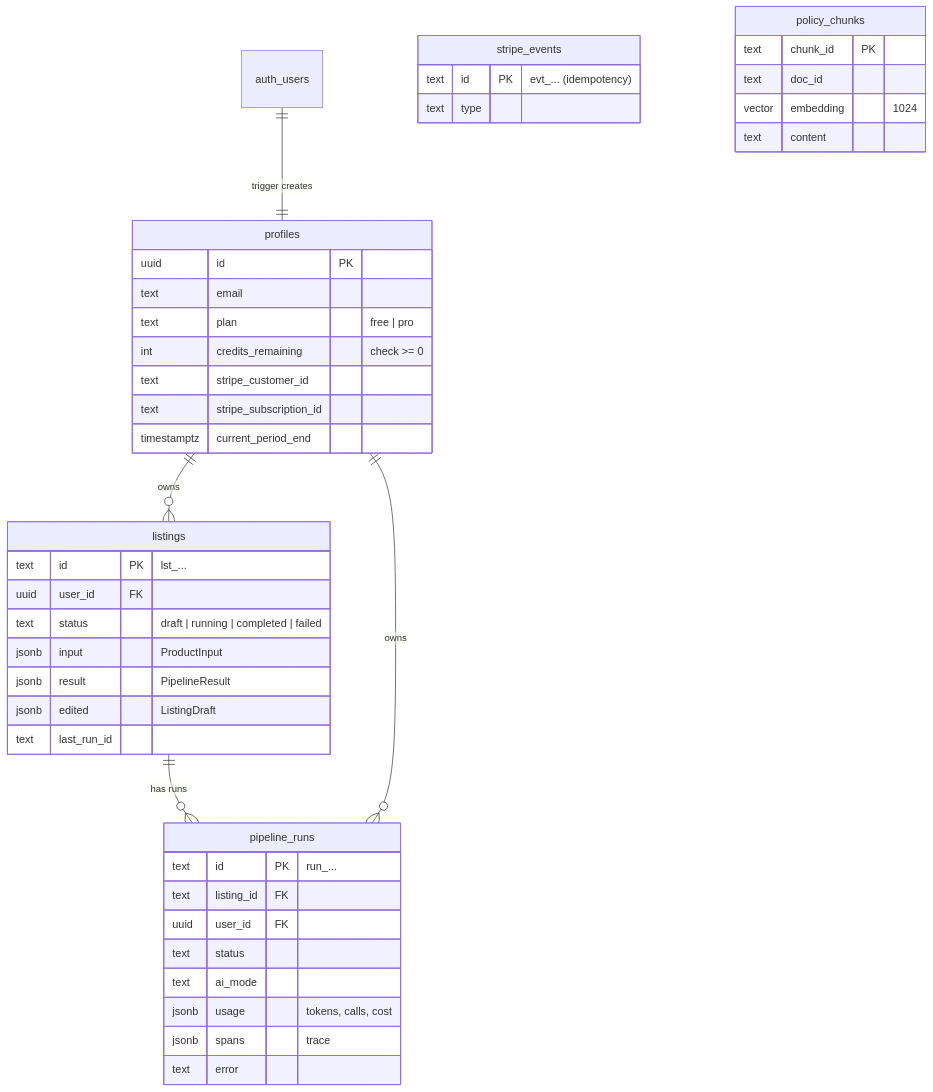
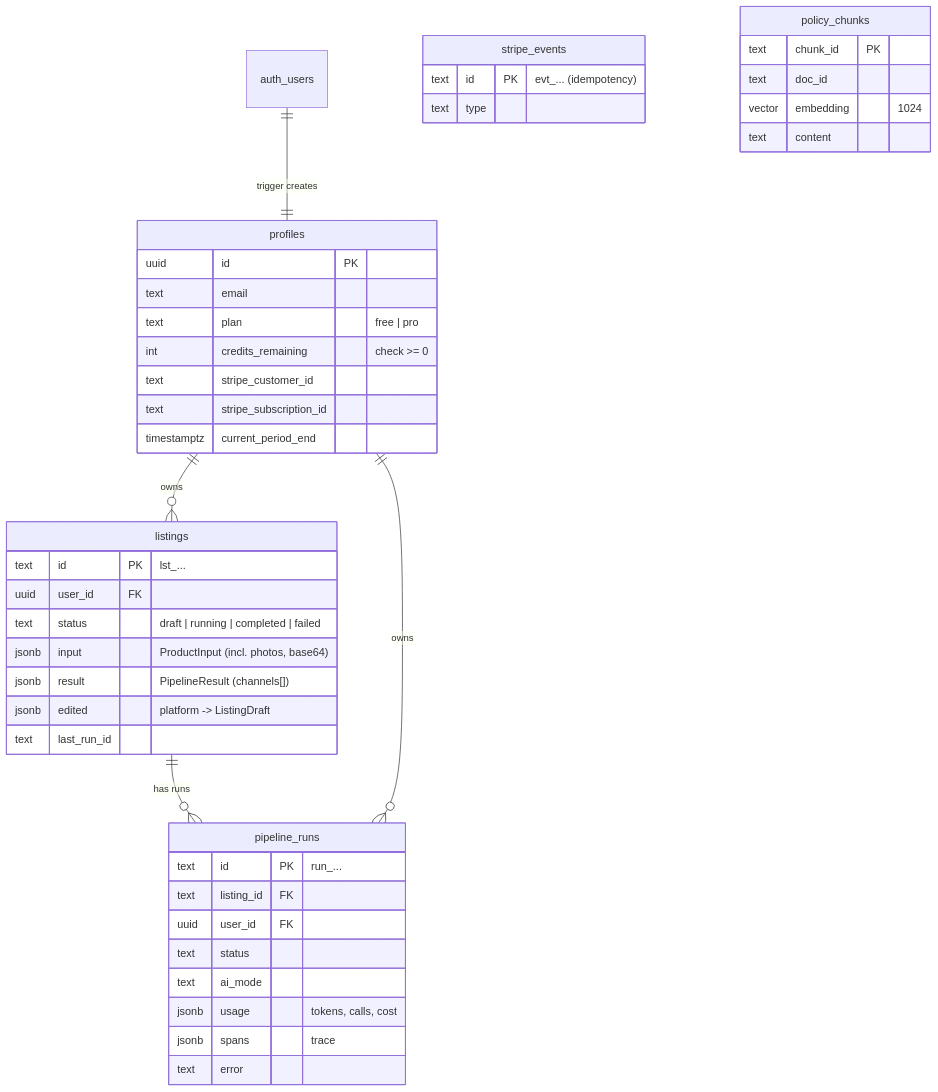
Before and after one commit to heruis/ecommerce-agent: the third of 3 diagrams in docs/ARCHITECTURE.md, drawn with Mermaid. The commit also changed other lines of this file and 17 other files, not shown here.

````diff
--- a/docs/ARCHITECTURE.md
+++ b/docs/ARCHITECTURE.md
@@ -135,45 +154,45 @@
 ```mermaid
 erDiagram
   auth_users ||--|| profiles : "trigger creates"
   profiles ||--o{ listings : owns
   listings ||--o{ pipeline_runs : "has runs"
   profiles ||--o{ pipeline_runs : owns
   profiles {
     uuid id PK
     text email
     text plan "free | pro"
     int credits_remaining "check >= 0"
     text stripe_customer_id
     text stripe_subscription_id
     timestamptz current_period_end
   }
   listings {
     text id PK "lst_..."
     uuid user_id FK
     text status "draft | running | completed | failed"
-    jsonb input "ProductInput"
-    jsonb result "PipelineResult"
-    jsonb edited "ListingDraft"
+    jsonb input "ProductInput (incl. photos, base64)"
+    jsonb result "PipelineResult (channels[])"
+    jsonb edited "platform -> ListingDraft"
     text last_run_id
   }
   pipeline_runs {
     text id PK "run_..."
     text listing_id FK
     uuid user_id FK
     text status
     text ai_mode
     jsonb usage "tokens, calls, cost"
     jsonb spans "trace"
     text error
   }
   stripe_events {
     text id PK "evt_... (idempotency)"
     text type
   }
   policy_chunks {
     text chunk_id PK
     text doc_id
     vector embedding "1024"
     text content
   }
 ```
````
